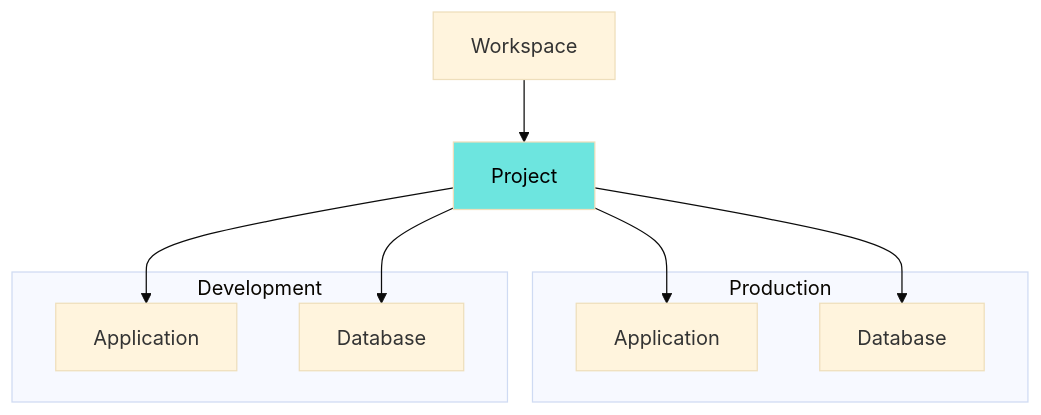
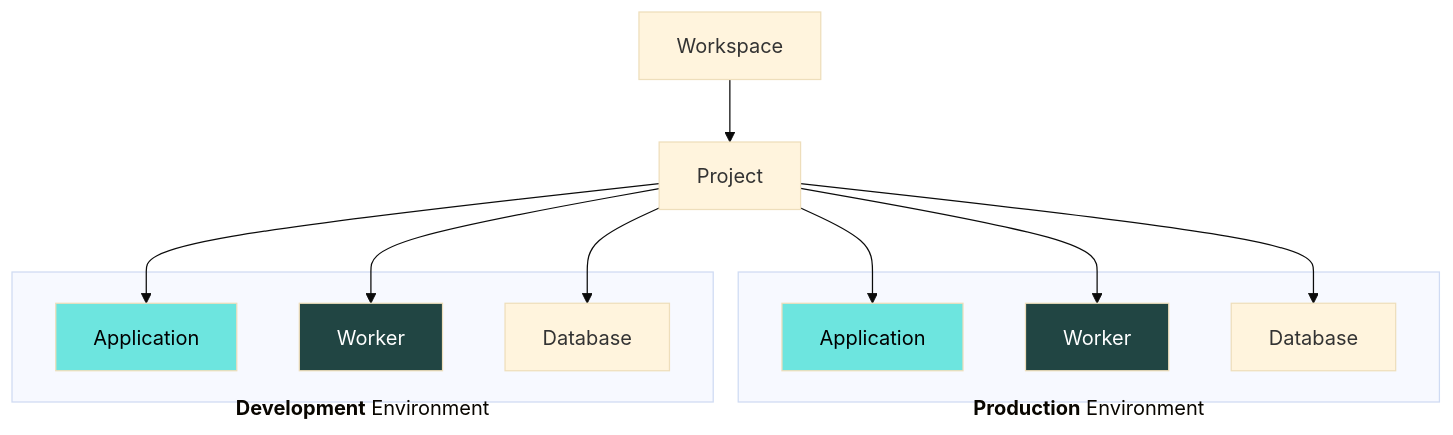
One commit to fl0zone/fl0-docs changed the diagram in docs/platform/projects.md. Above: the diagram before and after it, drawn with Mermaid (base theme). The commit also changed 6 other files, not shown here.

First line of the commit message:
Add documentation on Workers & link platform diagrams to other sections (#36)

````diff
--- a/docs/platform/projects.md
+++ b/docs/platform/projects.md
@@ -13,21 +13,32 @@
 ```mermaid
 flowchart
     workspace1[Workspace]
     project1[Project]
     workspace1 --> project1
     project1 --> app1
+    project1 --> worker1
     project1 --> db1
     project1 --> app2
+    project1 --> worker2
     project1 --> db2
-    subgraph prod [Production]
+    subgraph prod [<br/><br/><br/><br/><b>Production</b> Environment<br/>]
         class prod cssClass
         app2[Application]
+        worker2[Worker]
         db2[Database]
     end
-    subgraph dev [Development]
+    subgraph dev [<br/><br/><br/><br/><b>Development</b> Environment]
         app1[Application]
+        worker1[Worker]
         db1[Database]
     end
-    classDef highlight fill:#6de5df,color:#000;
-    class project1 highlight;
+    classDef highlight-app fill:#6de5df,color:#000;
+    classDef highlight-worker fill:#214543,color:#fff;
+    class app1,app2 highlight-app;
+    class worker1,worker2 highlight-worker;
+    click workspace1 "/docs/platform/workspaces"
+    click project1 "/docs/platform/projects"
+    click app1,app2 "/docs/platform/applications"
+    click worker1,worker2 "/docs/platform/applications"
+    click db1,db2 "/docs/platform/databases"
 ```
````
